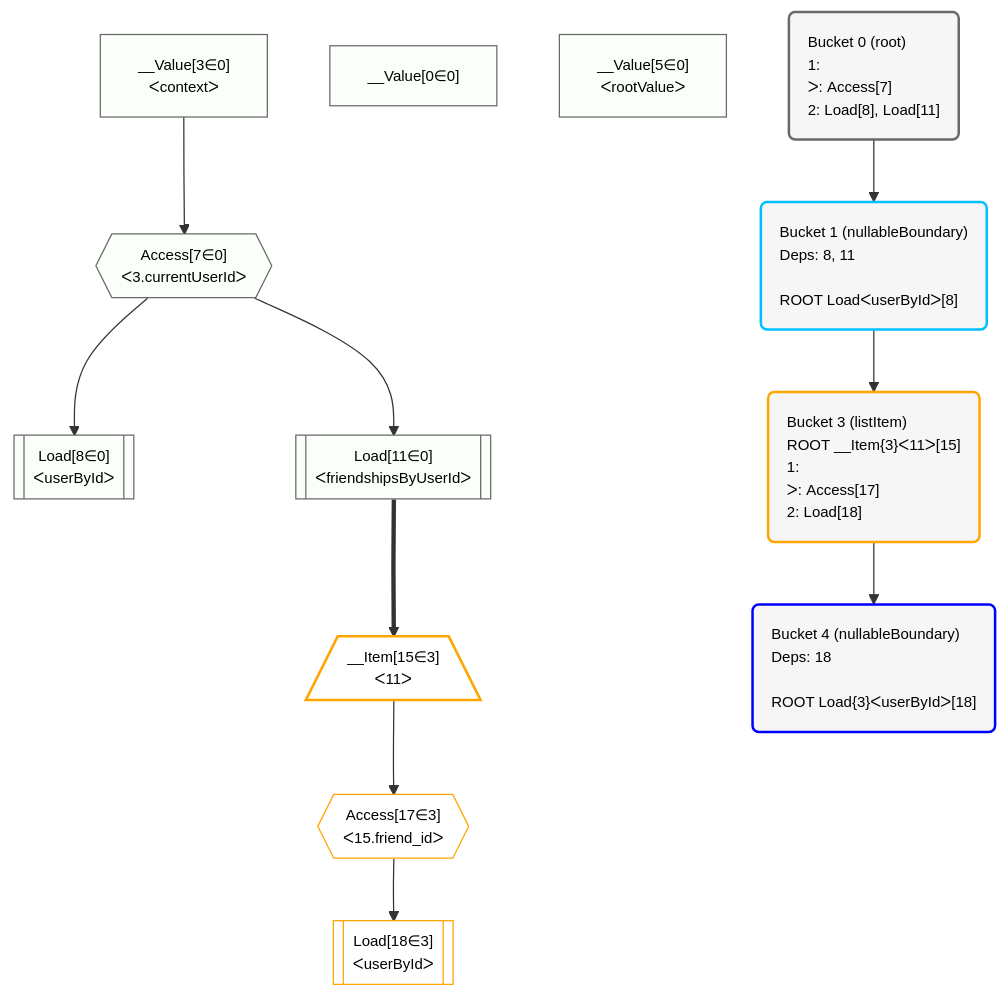
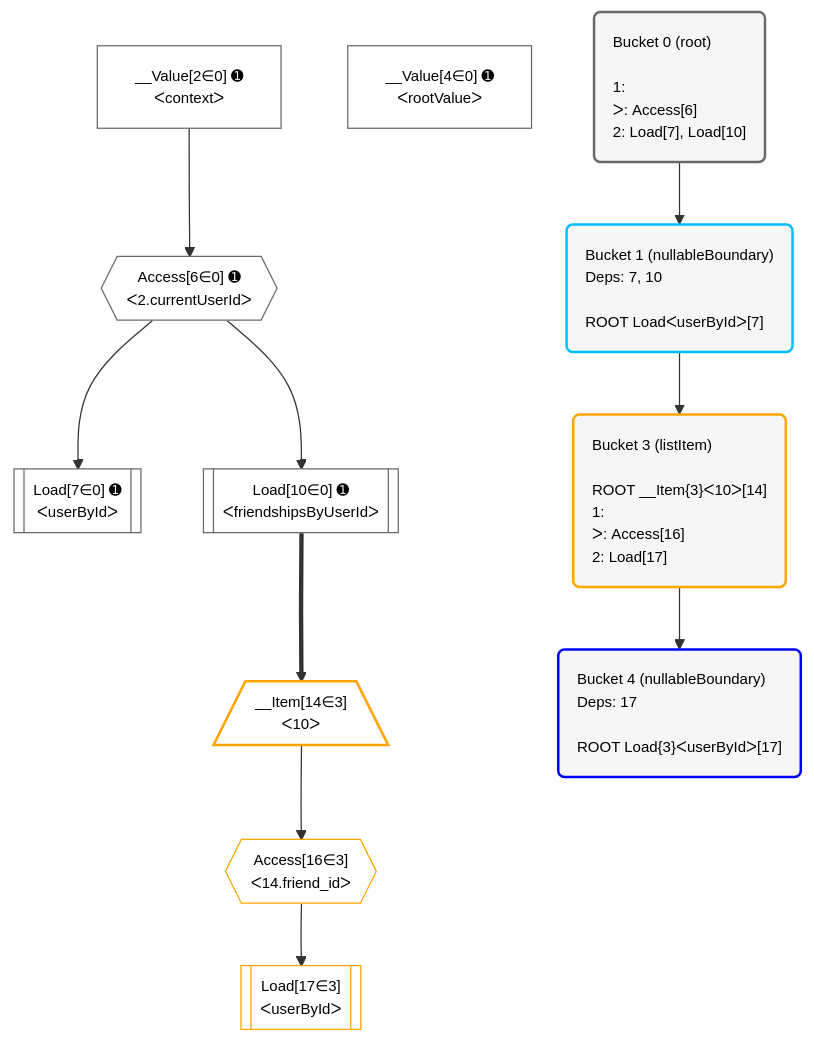
The diagram in grafast/website/examples/users-and-friends/plan.mermaid (graphile/crystal), drawn with Mermaid before and after one commit. The commit also changed 3 other files, not shown here.

Commit message:
Update plan diagram in docs

```diff
--- a/grafast/website/examples/users-and-friends/plan.mermaid
+++ b/grafast/website/examples/users-and-friends/plan.mermaid
@@ -1,46 +1,43 @@
 %%{init: {'themeVariables': { 'fontSize': '12px'}}}%%
 flowchart TD
     classDef path fill:#eee,stroke:#000,color:#000
     classDef plan fill:#fff,stroke-width:1px,color:#000
     classDef itemplan fill:#fff,stroke-width:2px,color:#000
     classDef unbatchedplan fill:#dff,stroke-width:1px,color:#000
     classDef sideeffectplan fill:#fcc,stroke-width:2px,color:#000
     classDef bucket fill:#f6f6f6,color:#000,stroke-width:2px,text-align:left
 
 
     %% plan dependencies
-    Access7{{"Access[7∈0]<br />ᐸ3.currentUserIdᐳ"}}:::plan
-    __Value3["__Value[3∈0]<br />ᐸcontextᐳ"]:::plan
-    __Value3 --> Access7
-    Load8[["Load[8∈0]<br />ᐸuserByIdᐳ"]]:::plan
-    Access7 --> Load8
-    Load11[["Load[11∈0]<br />ᐸfriendshipsByUserIdᐳ"]]:::plan
-    Access7 --> Load11
-    __Value0["__Value[0∈0]"]:::plan
-    __Value5["__Value[5∈0]<br />ᐸrootValueᐳ"]:::plan
-    __Item15[/"__Item[15∈3]<br />ᐸ11ᐳ"\]:::itemplan
-    Load11 ==> __Item15
-    Access17{{"Access[17∈3]<br />ᐸ15.friend_idᐳ"}}:::plan
-    __Item15 --> Access17
-    Load18[["Load[18∈3]<br />ᐸuserByIdᐳ"]]:::plan
-    Access17 --> Load18
+    Access6{{"Access[6∈0] ➊<br />ᐸ2.currentUserIdᐳ"}}:::plan
+    __Value2["__Value[2∈0] ➊<br />ᐸcontextᐳ"]:::plan
+    __Value2 --> Access6
+    Load7[["Load[7∈0] ➊<br />ᐸuserByIdᐳ"]]:::plan
+    Access6 --> Load7
+    Load10[["Load[10∈0] ➊<br />ᐸfriendshipsByUserIdᐳ"]]:::plan
+    Access6 --> Load10
+    __Value4["__Value[4∈0] ➊<br />ᐸrootValueᐳ"]:::plan
+    __Item14[/"__Item[14∈3]<br />ᐸ10ᐳ"\]:::itemplan
+    Load10 ==> __Item14
+    Access16{{"Access[16∈3]<br />ᐸ14.friend_idᐳ"}}:::plan
+    __Item14 --> Access16
+    Load17[["Load[17∈3]<br />ᐸuserByIdᐳ"]]:::plan
+    Access16 --> Load17
 
     %% define steps
 
-    Bucket0("Bucket 0 (root)<br />1: <br />ᐳ: Access[7]<br />2: Load[8], Load[11]"):::bucket
+    Bucket0("Bucket 0 (root)<br /><br />1: <br />ᐳ: Access[6]<br />2: Load[7], Load[10]"):::bucket
     classDef bucket0 stroke:#696969
-    class Bucket0,__Value0,__Value3,__Value5,Access7,Load8,Load11 bucket0
-    Bucket1("Bucket 1 (nullableBoundary)<br />Deps: 8, 11<br /><br />ROOT LoadᐸuserByIdᐳ[8]"):::bucket
+    class Bucket0,__Value2,__Value4,Access6,Load7,Load10 bucket0
+    Bucket1("Bucket 1 (nullableBoundary)<br />Deps: 7, 10<br /><br />ROOT LoadᐸuserByIdᐳ[7]"):::bucket
     classDef bucket1 stroke:#00bfff
     class Bucket1 bucket1
-    Bucket3("Bucket 3 (listItem)<br />ROOT __Item{3}ᐸ11ᐳ[15]<br />1: <br />ᐳ: Access[17]<br />2: Load[18]"):::bucket
+    Bucket3("Bucket 3 (listItem)<br /><br />ROOT __Item{3}ᐸ10ᐳ[14]<br />1: <br />ᐳ: Access[16]<br />2: Load[17]"):::bucket
     classDef bucket3 stroke:#ffa500
-    class Bucket3,__Item15,Access17,Load18 bucket3
-    Bucket4("Bucket 4 (nullableBoundary)<br />Deps: 18<br /><br />ROOT Load{3}ᐸuserByIdᐳ[18]"):::bucket
+    class Bucket3,__Item14,Access16,Load17 bucket3
+    Bucket4("Bucket 4 (nullableBoundary)<br />Deps: 17<br /><br />ROOT Load{3}ᐸuserByIdᐳ[17]"):::bucket
     classDef bucket4 stroke:#0000ff
     class Bucket4 bucket4
     Bucket0 --> Bucket1
     Bucket1 --> Bucket3
     Bucket3 --> Bucket4
-    classDef unary fill:#fafffa,borderWidth:8px
-    class Access7,Load8,Load11,__Value0,__Value3,__Value5 unary
```
